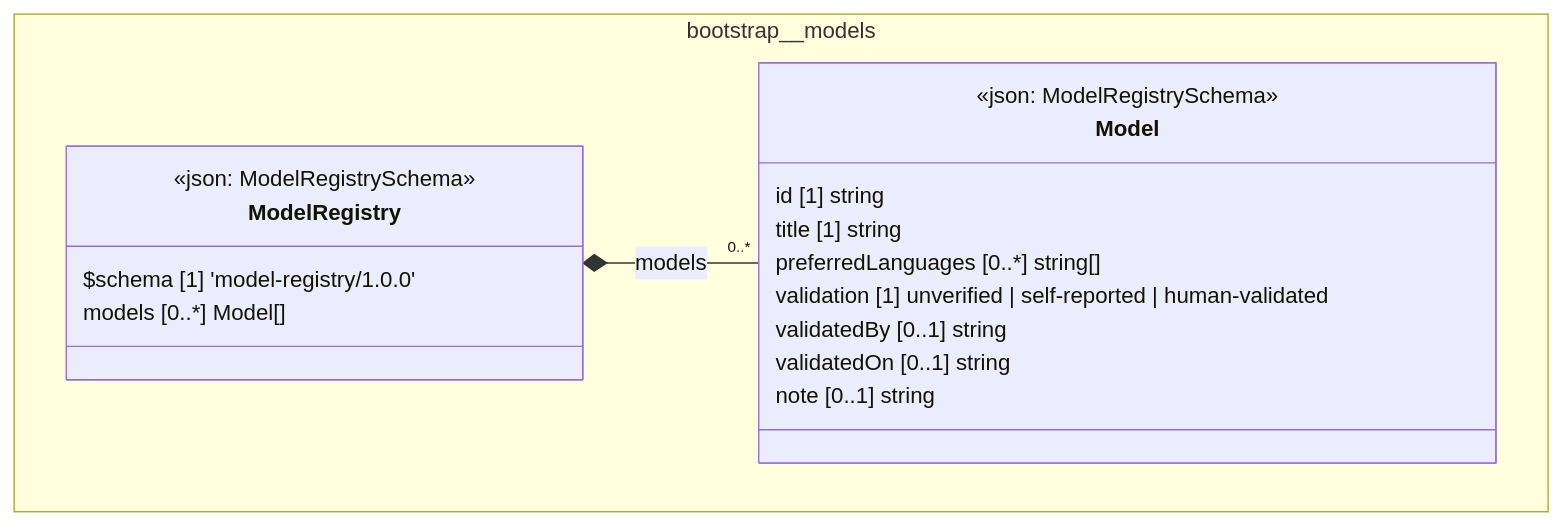
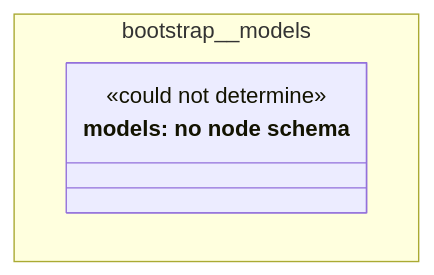
The diagram in cat-harness/docs/uml/overview/bootstrap/models.md (litlfred/folio-assistant), drawn with Mermaid before and after one commit. The commit also changed other lines of this file and 210 other files, not shown here.

````diff
--- a/cat-harness/docs/uml/overview/bootstrap/models.md
+++ b/cat-harness/docs/uml/overview/bootstrap/models.md
@@ -42,24 +42,11 @@
 ```mermaid
 classDiagram
   direction TB
   namespace bootstrap__models {
-    class bootstrap_models_Model["Model"] {
-      <<json: ModelRegistrySchema>>
-      id [1] string
-      title [1] string
-      preferredLanguages [0..*] string[]
-      validation [1] unverified | self-reported | human-validated
-      validatedBy [0..1] string
-      validatedOn [0..1] string
-      note [0..1] string
-    }
-    class bootstrap_models_ModelRegistry["ModelRegistry"] {
-      <<json: ModelRegistrySchema>>
-      $schema [1] 'model-registry/1.0.0'
-      models [0..*] Model[]
+    class n_bootstrap_models_models["models: no node schema"] {
+      <<could not determine>>
     }
   }
-  bootstrap_models_ModelRegistry *-- "0..*" bootstrap_models_Model : models
-  cssClass "bootstrap_models_Model" fa_uml_kind_models
-  cssClass "bootstrap_models_ModelRegistry" fa_uml_kind_models
+  cssClass "n_bootstrap_models_models" fa_uml_kind_models
+  cssClass "n_bootstrap_models_models" fa_uml_undetermined
 ```
````
